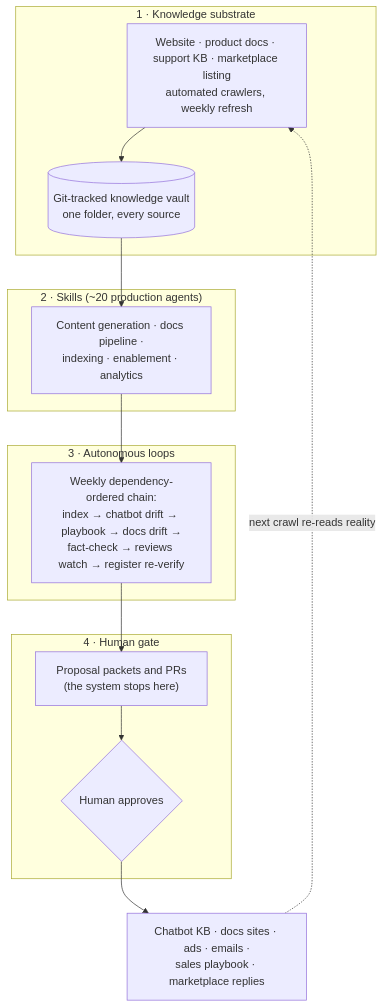
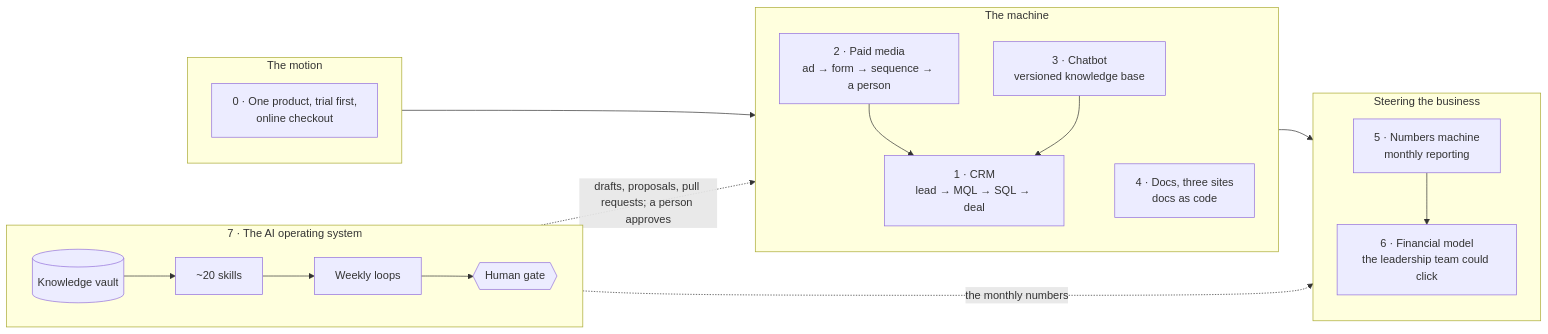
One commit to nunomnferreirapt/ai-operated-growth-engine changed the diagram in README.md. Above: the diagram before and after it, drawn with Mermaid. The commit also changed other lines of this file and 1 other file, not shown here.

Commit message:
Front page shows an index diagram of the seven chapters; chapter 7 keeps the system diagram with its scope stated; team paragraph lives on the front page only (Nuno, 16 Oct)
Claude-Session: https://claude.ai/code/session_013vAMTruojjzTuNGSxvVixS

````diff
--- a/README.md
+++ b/README.md
@@ -9,18 +11,21 @@
 ```mermaid
-flowchart TB
-    subgraph L1["1 · Knowledge substrate"]
-        S[Website · product docs · support KB · marketplace listing<br/>automated crawlers, weekly refresh] --> V[(Git-tracked knowledge vault<br/>one folder, every source)]
+flowchart LR
+    subgraph MO["The motion"]
+        C0["0 · One product, trial first,<br/>online checkout"]
     end
-    subgraph L2["2 · Skills (~20 production agents)"]
-        V --> SK[Content generation · docs pipeline ·<br/>indexing · enablement · analytics]
+    subgraph MA["The machine"]
+        C2["2 · Paid media<br/>ad → form → sequence → a person"] --> C1["1 · CRM<br/>lead → MQL → SQL → deal"]
+        C3["3 · Chatbot<br/>versioned knowledge base"] --> C1
+        C4["4 · Docs, three sites<br/>docs as code"]
     end
-    subgraph L3["3 · Autonomous loops"]
-        SK --> CH[Weekly dependency-ordered chain:<br/>index → chatbot drift → playbook → docs drift →<br/>fact-check → reviews watch → register re-verify]
+    subgraph ST["Steering the business"]
+        C5["5 · Numbers machine<br/>monthly reporting"] --> C6["6 · Financial model<br/>the leadership team could click"]
     end
-    subgraph L4["4 · Human gate"]
-        CH --> P["Proposal packets and PRs<br/>(the system stops here)"]
-        P --> H{Human approves}
+    MO --> MA --> ST
+    subgraph OS["7 · The AI operating system"]
+        direction LR
+        V[(Knowledge vault)] --> SK[~20 skills] --> L[Weekly loops] --> G{{Human gate}}
     end
-    H --> OUT[Chatbot KB · docs sites · ads · emails ·<br/>sales playbook · marketplace replies]
-    OUT -.->|next crawl re-reads reality| S
+    OS -. drafts, proposals, pull requests; a person approves .-> MA
+    OS -. the monthly numbers .-> ST
 ```
````
